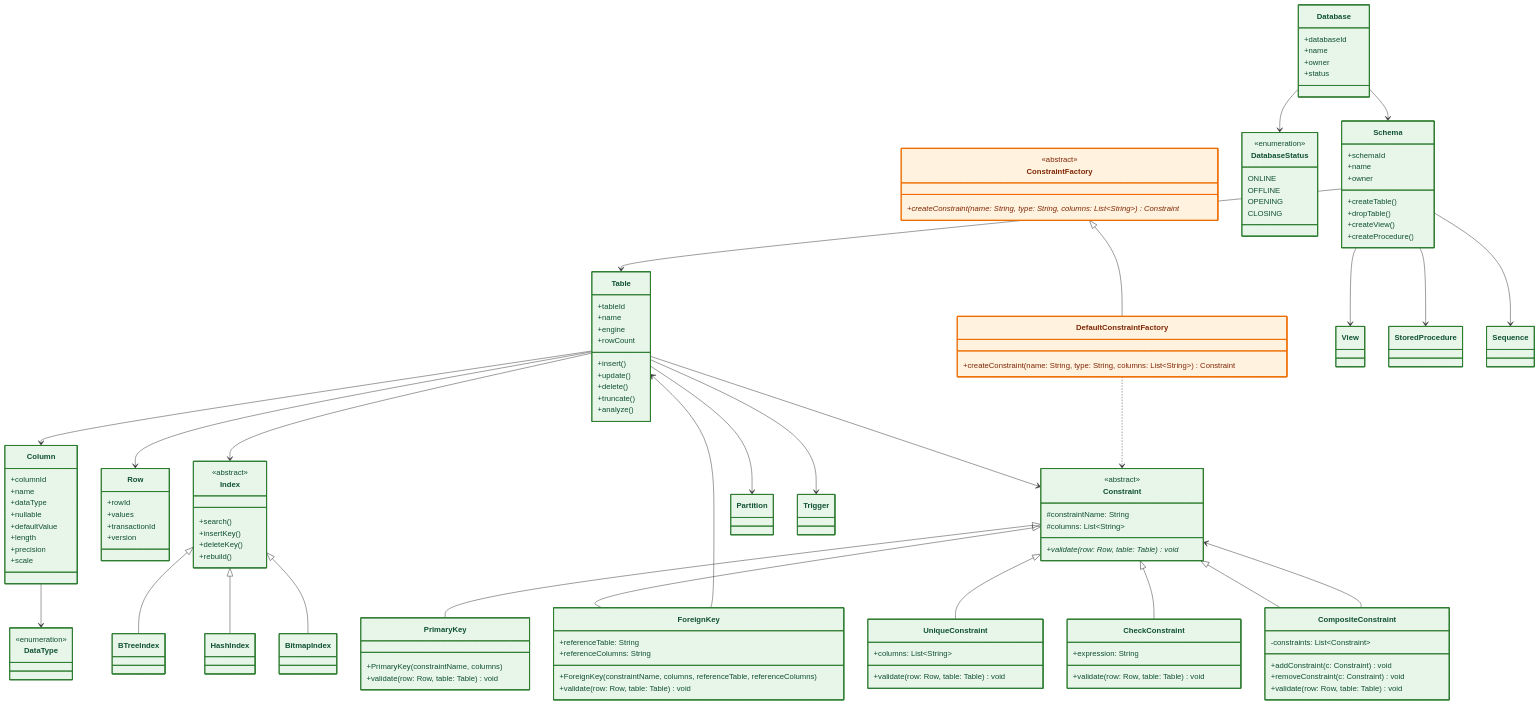
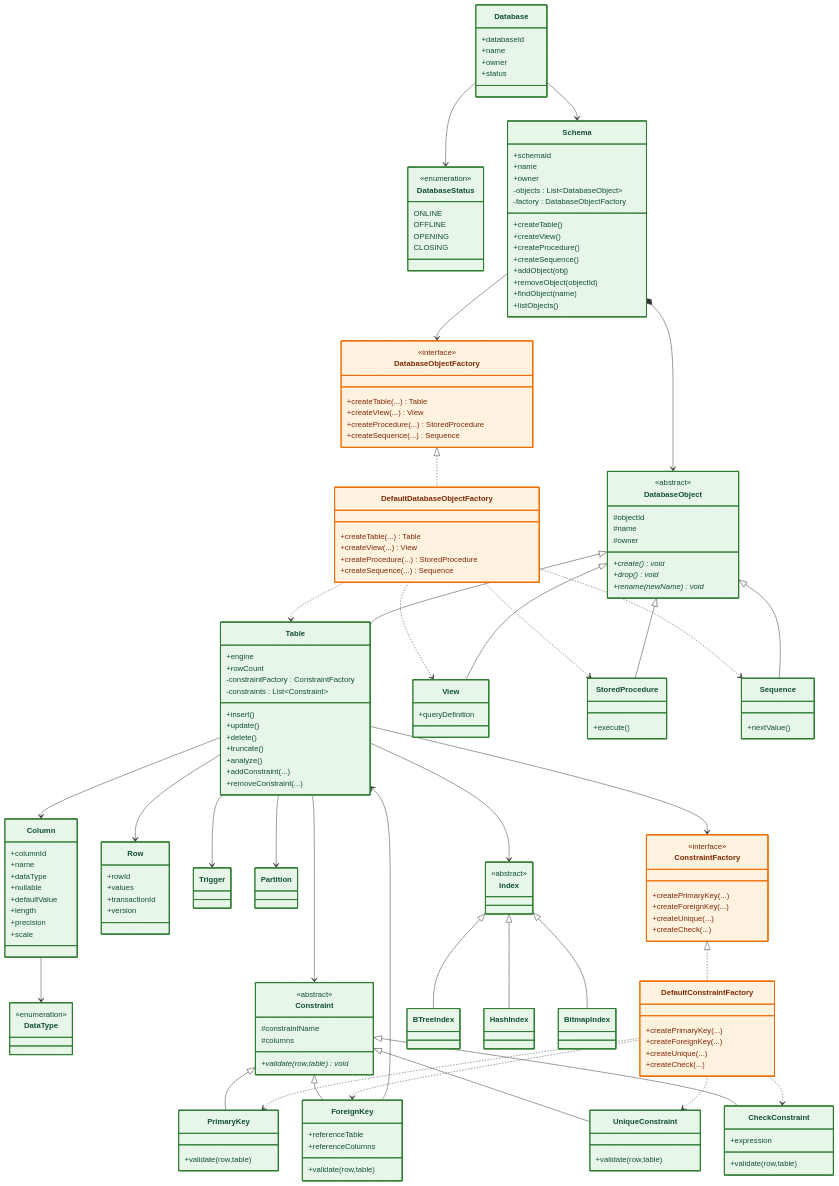
The fifth of 22 diagrams in docs/README.md (Huy1801214/dbms-architecture), drawn with Mermaid before and after one commit. The commit also changed other lines of this file and 18 other files, not shown here.

Commit message:
using Factory Method for Database Lifecycle, Strategy + Factory Method for Constraint Management, Composite and Factory Method for Schema Management

````diff
--- a/docs/README.md
+++ b/docs/README.md
@@ -762,6 +752,10 @@
 ```mermaid
 classDiagram
 direction TB
+
+%% =====================================================
+%% Database
+%% =====================================================
 
 class Database{
     +databaseId
@@ -770,29 +764,124 @@
     +status
 }
 
+class DatabaseStatus{
+    <<enumeration>>
+    ONLINE
+    OFFLINE
+    OPENING
+    CLOSING
+}
+
+Database --> Schema
+Database --> DatabaseStatus
+
+%% =====================================================
+%% Composite Pattern
+%% =====================================================
+
 class Schema{
     +schemaId
     +name
     +owner
 
+    -objects : List~DatabaseObject~
+    -factory : DatabaseObjectFactory
+
     +createTable()
-    +dropTable()
     +createView()
     +createProcedure()
+    +createSequence()
+
+    +addObject(obj)
+    +removeObject(objectId)
+    +findObject(name)
+    +listObjects()
 }
 
+class DatabaseObject{
+    <<abstract>>
+
+    #objectId
+    #name
+    #owner
+
+    +create()* void
+    +drop()* void
+    +rename(newName)* void
+}
+
+Schema *--> DatabaseObject
+
+%% =====================================================
+%% Factory Method (Database Object)
+%% =====================================================
+
+class DatabaseObjectFactory{
+    <<interface>>
+
+    +createTable(...) Table
+    +createView(...) View
+    +createProcedure(...) StoredProcedure
+    +createSequence(...) Sequence
+}
+
+class DefaultDatabaseObjectFactory{
+    +createTable(...) Table
+    +createView(...) View
+    +createProcedure(...) StoredProcedure
+    +createSequence(...) Sequence
+}
+
+Schema --> DatabaseObjectFactory
+
+DatabaseObjectFactory <|.. DefaultDatabaseObjectFactory
+
+DefaultDatabaseObjectFactory ..> Table
+DefaultDatabaseObjectFactory ..> View
+DefaultDatabaseObjectFactory ..> StoredProcedure
+DefaultDatabaseObjectFactory ..> Sequence
+
+%% =====================================================
+%% Database Objects
+%% =====================================================
+
 class Table{
-    +tableId
-    +name
     +engine
     +rowCount
+
+    -constraintFactory : ConstraintFactory
+    -constraints : List~Constraint~
 
     +insert()
     +update()
     +delete()
     +truncate()
     +analyze()
+
+    +addConstraint(...)
+    +removeConstraint(...)
 }
+
+class View{
+    +queryDefinition
+}
+
+class StoredProcedure{
+    +execute()
+}
+
+class Sequence{
+    +nextValue()
+}
+
+DatabaseObject <|-- Table
+DatabaseObject <|-- View
+DatabaseObject <|-- StoredProcedure
+DatabaseObject <|-- Sequence
+
+%% =====================================================
+%% Table Components
+%% =====================================================
 
 class Column{
     +columnId
@@ -812,139 +901,139 @@
     +version
 }
 
+class Trigger
+
+class Partition
+
 class DataType{
     <<enumeration>>
 }
 
-class DatabaseStatus{
-    <<enumeration>>
-    ONLINE
-    OFFLINE
-    OPENING
-    CLOSING
-}
+Table --> Column
+Table --> Row
+Table --> Trigger
+Table --> Partition
+
+Column --> DataType
+
+%% =====================================================
+%% Strategy Pattern
+%% =====================================================
 
 class Constraint{
     <<abstract>>
-    #constraintName: String
-    #columns: List~String~
-    +validate(row: Row, table: Table)* void
+
+    #constraintName
+    #columns
+
+    +validate(row,table)* void
 }
 
 class PrimaryKey{
-    +PrimaryKey(constraintName, columns)
-    +validate(row: Row, table: Table) void
+    +validate(row,table)
 }
 
 class ForeignKey{
-    +referenceTable: String
-    +referenceColumns: String
-    +ForeignKey(constraintName, columns, referenceTable, referenceColumns)
-    +validate(row: Row, table: Table) void
+    +referenceTable
+    +referenceColumns
+
+    +validate(row,table)
 }
 
 class UniqueConstraint{
-    +columns: List~String~
-    +validate(row: Row, table: Table) void
+    +validate(row,table)
 }
 
 class CheckConstraint{
-    +expression: String
-    +validate(row: Row, table: Table) void
+    +expression
+
+    +validate(row,table)
 }
 
-class CompositeConstraint{
-    -constraints: List~Constraint~
-    +addConstraint(c: Constraint) void
-    +removeConstraint(c: Constraint) void
-    +validate(row: Row, table: Table) void
-}
+Constraint <|-- PrimaryKey
+Constraint <|-- ForeignKey
+Constraint <|-- UniqueConstraint
+Constraint <|-- CheckConstraint
+
+Table --> Constraint
+
+ForeignKey --> Table
+
+%% =====================================================
+%% Factory Method (Constraint)
+%% =====================================================
 
 class ConstraintFactory{
-    <<abstract>>
-    +createConstraint(name: String, type: String, columns: List~String~)* Constraint
+    <<interface>>
+
+    +createPrimaryKey(...)
+    +createForeignKey(...)
+    +createUnique(...)
+    +createCheck(...)
 }
 
 class DefaultConstraintFactory{
-    +createConstraint(name: String, type: String, columns: List~String~) Constraint
+    +createPrimaryKey(...)
+    +createForeignKey(...)
+    +createUnique(...)
+    +createCheck(...)
 }
+
+Table --> ConstraintFactory
+
+ConstraintFactory <|.. DefaultConstraintFactory
+
+DefaultConstraintFactory ..> PrimaryKey
+DefaultConstraintFactory ..> ForeignKey
+DefaultConstraintFactory ..> UniqueConstraint
+DefaultConstraintFactory ..> CheckConstraint
+
+%% =====================================================
+%% Index
+%% =====================================================
 
 class Index{
     <<abstract>>
-    +search()
-    +insertKey()
-    +deleteKey()
-    +rebuild()
 }
 
 class BTreeIndex
 class HashIndex
 class BitmapIndex
 
-class Partition
-class View
-class StoredProcedure
-class Trigger
-class Sequence
-
-Database --> Schema
-Database --> DatabaseStatus
-
-Schema --> Table
-Schema --> View
-Schema --> StoredProcedure
-Schema --> Sequence
-
-Table --> Column
-Table --> Row
-Table --> Index
-Table --> Constraint
-Table --> Partition
-Table --> Trigger
-
-Column --> DataType
-
-Constraint <|-- PrimaryKey
-Constraint <|-- ForeignKey
-Constraint <|-- UniqueConstraint
-Constraint <|-- CheckConstraint
-Constraint <|-- CompositeConstraint
-CompositeConstraint --> Constraint
-
-ConstraintFactory <|-- DefaultConstraintFactory
-DefaultConstraintFactory ..> Constraint
-
 Index <|-- BTreeIndex
 Index <|-- HashIndex
 Index <|-- BitmapIndex
 
-ForeignKey --> Table
+Table --> Index
 
 %% =====================================================
 %% STYLING DEFINITIONS
 %% =====================================================
 style Database fill:#e8f5e9,stroke:#2e7d32,stroke-width:2px,color:#0f5132
+style DatabaseStatus fill:#e8f5e9,stroke:#2e7d32,stroke-width:2px,color:#0f5132
 style Schema fill:#e8f5e9,stroke:#2e7d32,stroke-width:2px,color:#0f5132
+style DatabaseObject fill:#e8f5e9,stroke:#2e7d32,stroke-width:2px,color:#0f5132
 style Table fill:#e8f5e9,stroke:#2e7d32,stroke-width:2px,color:#0f5132
+style View fill:#e8f5e9,stroke:#2e7d32,stroke-width:2px,color:#0f5132
+style StoredProcedure fill:#e8f5e9,stroke:#2e7d32,stroke-width:2px,color:#0f5132
+style Sequence fill:#e8f5e9,stroke:#2e7d32,stroke-width:2px,color:#0f5132
 style Column fill:#e8f5e9,stroke:#2e7d32,stroke-width:2px,color:#0f5132
 style Row fill:#e8f5e9,stroke:#2e7d32,stroke-width:2px,color:#0f5132
+style Trigger fill:#e8f5e9,stroke:#2e7d32,stroke-width:2px,color:#0f5132
+style Partition fill:#e8f5e9,stroke:#2e7d32,stroke-width:2px,color:#0f5132
 style DataType fill:#e8f5e9,stroke:#2e7d32,stroke-width:2px,color:#0f5132
-style DatabaseStatus fill:#e8f5e9,stroke:#2e7d32,stroke-width:2px,color:#0f5132
 style Constraint fill:#e8f5e9,stroke:#2e7d32,stroke-width:2px,color:#0f5132
 style PrimaryKey fill:#e8f5e9,stroke:#2e7d32,stroke-width:2px,color:#0f5132
 style ForeignKey fill:#e8f5e9,stroke:#2e7d32,stroke-width:2px,color:#0f5132
 style UniqueConstraint fill:#e8f5e9,stroke:#2e7d32,stroke-width:2px,color:#0f5132
 style CheckConstraint fill:#e8f5e9,stroke:#2e7d32,stroke-width:2px,color:#0f5132
-style CompositeConstraint fill:#e8f5e9,stroke:#2e7d32,stroke-width:2px,color:#0f5132
-style ConstraintFactory fill:#fff3e0,stroke:#ef6c00,stroke-width:2px,color:#7f2704
-style DefaultConstraintFactory fill:#fff3e0,stroke:#ef6c00,stroke-width:2px,color:#7f2704
 style Index fill:#e8f5e9,stroke:#2e7d32,stroke-width:2px,color:#0f5132
 style BTreeIndex fill:#e8f5e9,stroke:#2e7d32,stroke-width:2px,color:#0f5132
 style HashIndex fill:#e8f5e9,stroke:#2e7d32,stroke-width:2px,color:#0f5132
 style BitmapIndex fill:#e8f5e9,stroke:#2e7d32,stroke-width:2px,color:#0f5132
-style Partition fill:#e8f5e9,stroke:#2e7d32,stroke-width:2px,color:#0f5132
-style View fill:#e8f5e9,stroke:#2e7d32,stroke-width:2px,color:#0f5132
-style StoredProcedure fill:#e8f5e9,stroke:#2e7d32,stroke-width:2px,color:#0f5132
-style Trigger fill:#e8f5e9,stroke:#2e7d32,stroke-width:2px,color:#0f5132
-style Sequence fill:#e8f5e9,stroke:#2e7d32,stroke-width:2px,color:#0f5132
+
+style DatabaseObjectFactory fill:#fff3e0,stroke:#ef6c00,stroke-width:2px,color:#7f2704
+style DefaultDatabaseObjectFactory fill:#fff3e0,stroke:#ef6c00,stroke-width:2px,color:#7f2704
+style ConstraintFactory fill:#fff3e0,stroke:#ef6c00,stroke-width:2px,color:#7f2704
+style DefaultConstraintFactory fill:#fff3e0,stroke:#ef6c00,stroke-width:2px,color:#7f2704
 ```
````
